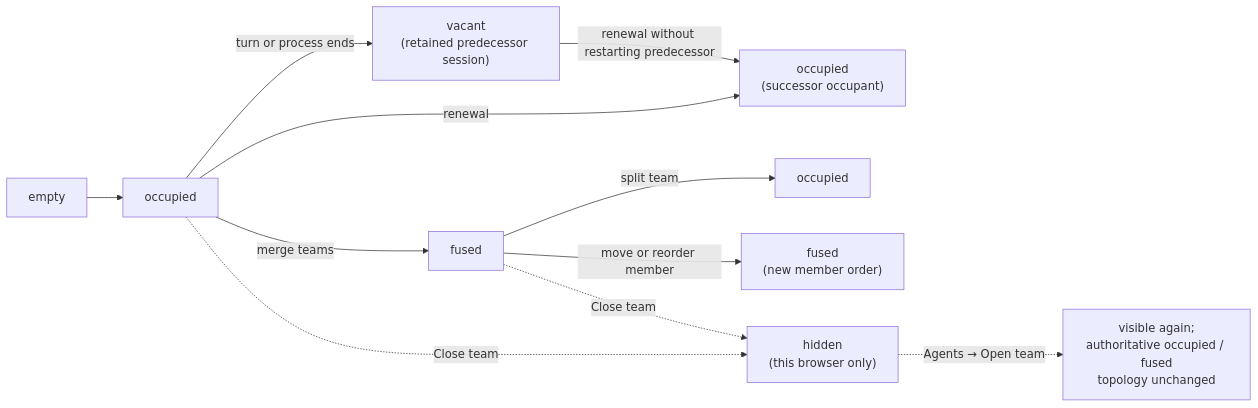
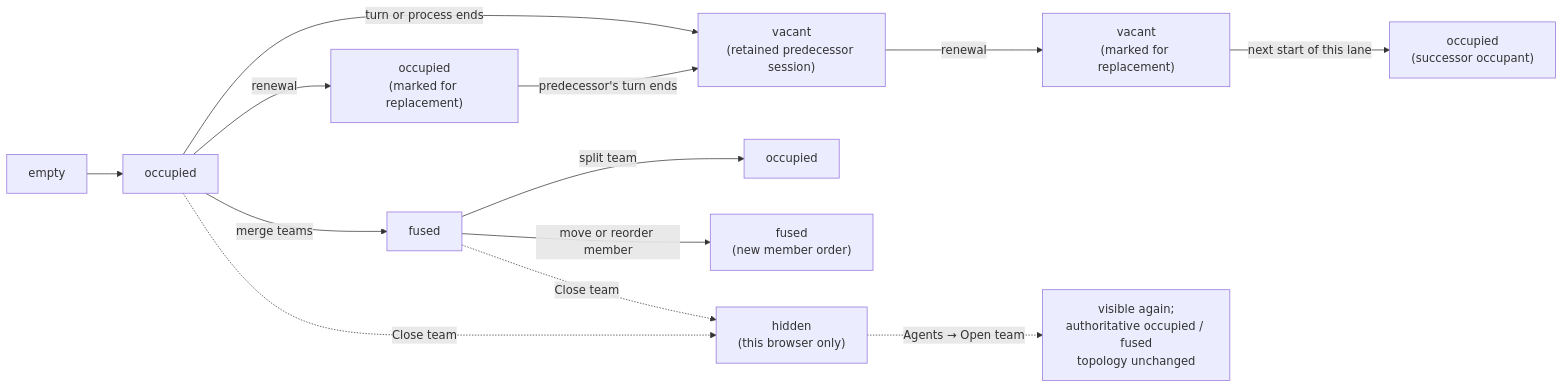
Before and after one commit to infimalabs/spice-rust: diagram 14 of 19 in docs/product/model/states.md, drawn with Mermaid. The commit also changed other lines of this file and 14 other files, not shown here.

First line of the commit message:
lane: Renewal marks a lane instead of starting one RENEWAL-dT3KXPlgM

````diff
--- a/docs/product/model/states.md
+++ b/docs/product/model/states.md
@@ -348,13 +348,15 @@
 ```mermaid
 flowchart LR
   E["empty"] --> O["occupied"]
   O -->|"merge teams"| F["fused"]
-  O -->|"renewal"| OR["occupied<br/>(successor occupant)"]
+  O -->|"renewal"| OM["occupied<br/>(marked for replacement)"]
+  OM -->|"predecessor's turn ends"| Q
   O -->|"turn or process ends"| Q["vacant<br/>(retained predecessor session)"]
-  Q -->|"renewal without restarting predecessor"| OR
+  Q -->|"renewal"| QM["vacant<br/>(marked for replacement)"]
+  QM -->|"next start of this lane"| OR["occupied<br/>(successor occupant)"]
   F -->|"split team"| OS["occupied"]
   F -->|"move or reorder member"| FR["fused<br/>(new member order)"]
   O -.->|"Close team"| H["hidden<br/>(this browser only)"]
   F -.->|"Close team"| H
   H -.->|"Agents → Open team"| V["visible again;<br/>authoritative occupied / fused<br/>topology unchanged"]
 ```
````
